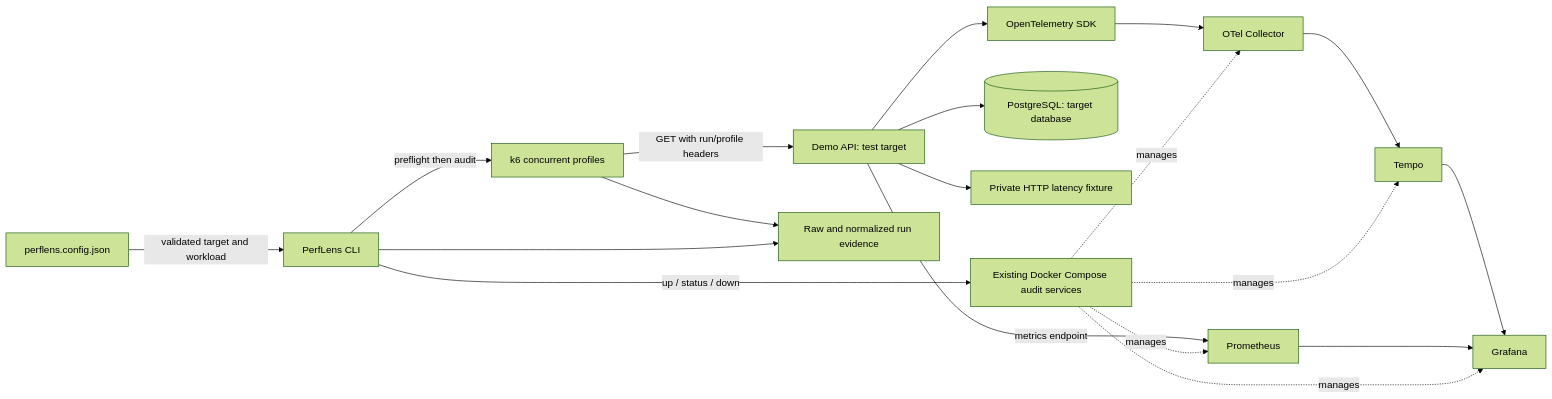
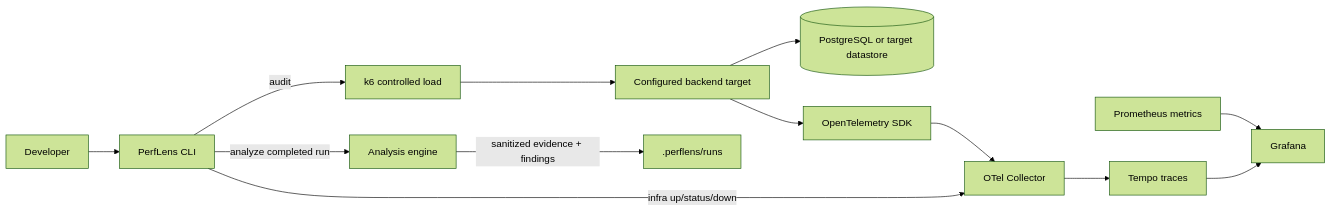
The diagram in README.md (rahad123/perflens), drawn with Mermaid (forest theme) before and after one commit. The commit also changed other lines of this file, not shown here.

Commit message:
feat: update README.md to enhance clarity on PerfLens functionality and workflow

````diff
--- a/README.md
+++ b/README.md
@@ -47,21 +34,15 @@
 ```mermaid
 flowchart LR
-    CLI[PerfLens CLI] -->|up / status / down| Infra[Existing Docker Compose audit services]
-    Config[perflens.config.json] -->|validated target and workload| CLI
-    Demo[Demo API: test target] --> DB[(PostgreSQL: target database)]
-    Demo --> Dependency[Private HTTP latency fixture]
-    Demo --> SDK[OpenTelemetry SDK]
-    SDK --> Collector[OTel Collector]
-    Collector --> Tempo[Tempo]
-    Demo -->|metrics endpoint| Prometheus[Prometheus]
-    Tempo --> Grafana[Grafana]
-    Prometheus --> Grafana
-    CLI -->|preflight then audit| k6[k6 concurrent profiles]
-    k6 -->|GET with run/profile headers| Demo
-    k6 --> Evidence[Raw and normalized run evidence]
-    CLI --> Evidence
-    Infra -. manages .-> Collector
-    Infra -. manages .-> Tempo
-    Infra -. manages .-> Prometheus
-    Infra -. manages .-> Grafana
+  Dev[Developer] --> CLI[PerfLens CLI]
+  CLI -->|audit| K6[k6 controlled load]
+  K6 --> Target[Configured backend target]
+  Target --> DB[(PostgreSQL or target datastore)]
+  Target --> OTel[OpenTelemetry SDK]
+  OTel --> Collector[OTel Collector]
+  Collector --> Tempo[Tempo traces]
+  Prom[Prometheus metrics] --> Grafana[Grafana]
+  Tempo --> Grafana
+  CLI -->|analyze completed run| Engine[Analysis engine]
+  Engine -->|sanitized evidence + findings| Run[.perflens/runs]
+  CLI -->|infra up/status/down| Collector
 ```
````
